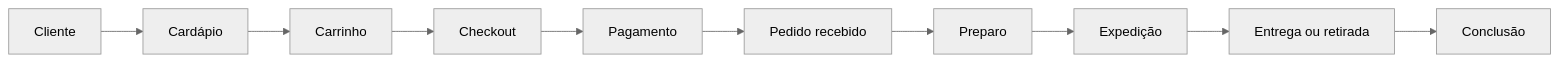
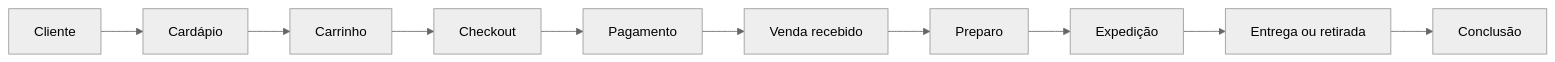
The first of 2 diagrams in .claude/agents/product-flow-orchestrator.md (mtsdrf/pegaticket-saas), drawn with Mermaid (neutral theme) before and after one commit. The commit also changed other lines of this file and 319 other files, not shown here.

````diff
--- a/.claude/agents/product-flow-orchestrator.md
+++ b/.claude/agents/product-flow-orchestrator.md
@@ -1294,12 +1294,12 @@
 ```mermaid
 flowchart LR
     A[Cliente] --> B[Cardápio]
     B --> C[Carrinho]
     C --> D[Checkout]
     D --> E[Pagamento]
-    E --> F[Pedido recebido]
+    E --> F[Venda recebido]
     F --> G[Preparo]
     G --> H[Expedição]
     H --> I[Entrega ou retirada]
     I --> J[Conclusão]
 ```
````
